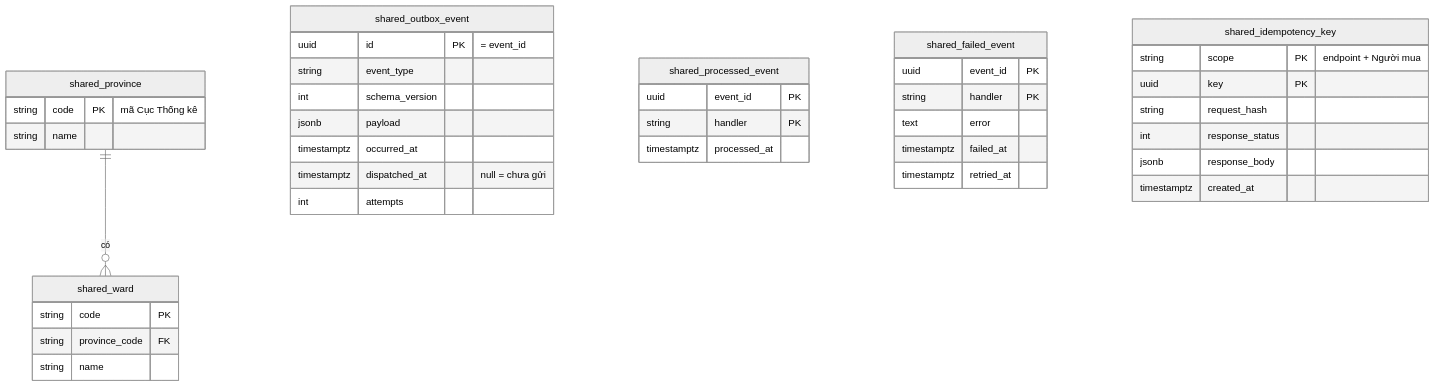
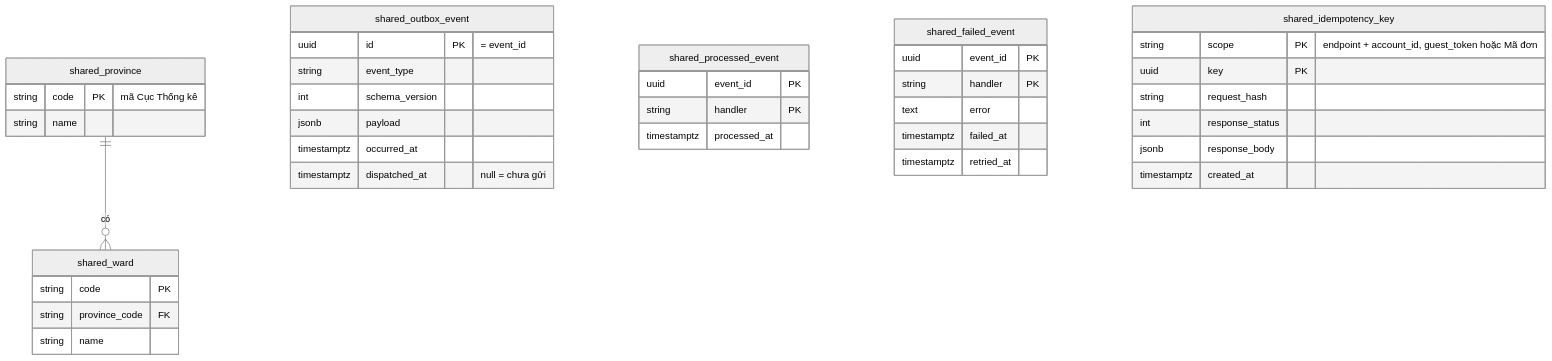
Before and after one commit to LuongCongThanh/boilerplate-ecommerce-next-16: the first of 9 diagrams in docs/architecture/03-data-model.md, drawn with Mermaid (neutral theme). The commit also changed other lines of this file and 2 other files, not shown here.

````diff
--- a/docs/architecture/03-data-model.md
+++ b/docs/architecture/03-data-model.md
@@ -8,42 +8,41 @@
 ```mermaid
 erDiagram
     shared_province ||--o{ shared_ward : "có"
     shared_province {
         string code PK "mã Cục Thống kê"
         string name
     }
     shared_ward {
         string code PK
         string province_code FK
         string name
     }
     shared_outbox_event {
         uuid id PK "= event_id"
         string event_type
         int schema_version
         jsonb payload
         timestamptz occurred_at
         timestamptz dispatched_at "null = chưa gửi"
-        int attempts
     }
     shared_processed_event {
         uuid event_id PK
         string handler PK
         timestamptz processed_at
     }
     shared_failed_event {
         uuid event_id PK
         string handler PK
         text error
         timestamptz failed_at
         timestamptz retried_at
     }
     shared_idempotency_key {
-        string scope PK "endpoint + Người mua"
+        string scope PK "endpoint + account_id, guest_token hoặc Mã đơn"
         uuid key PK
         string request_hash
         int response_status
         jsonb response_body
         timestamptz created_at
     }
 ```
````
